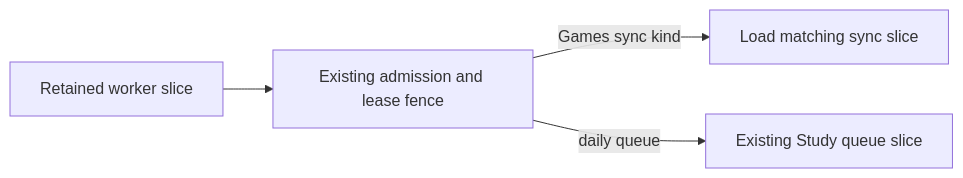
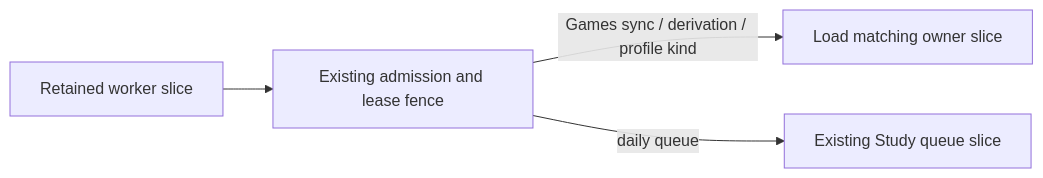
Diagram 11 of 11 in backend/app/product_composition/README.md (aaweaver-actuary/tempo), drawn with Mermaid before and after one commit. The commit also changed other lines of this file and 2 other files, not shown here.

Commit message:
Select Games derivation slices after delivery fence

````diff
--- a/backend/app/product_composition/README.md
+++ b/backend/app/product_composition/README.md
@@ -694,6 +694,6 @@
 ```mermaid
 flowchart LR
   task["Retained worker slice"] --> fence["Existing admission and lease fence"]
-  fence -->|"Games sync kind"| load["Load matching sync slice"]
+  fence -->|"Games sync / derivation / profile kind"| load["Load matching owner slice"]
   fence -->|"daily queue"| queue["Existing Study queue slice"]
 ```
````
